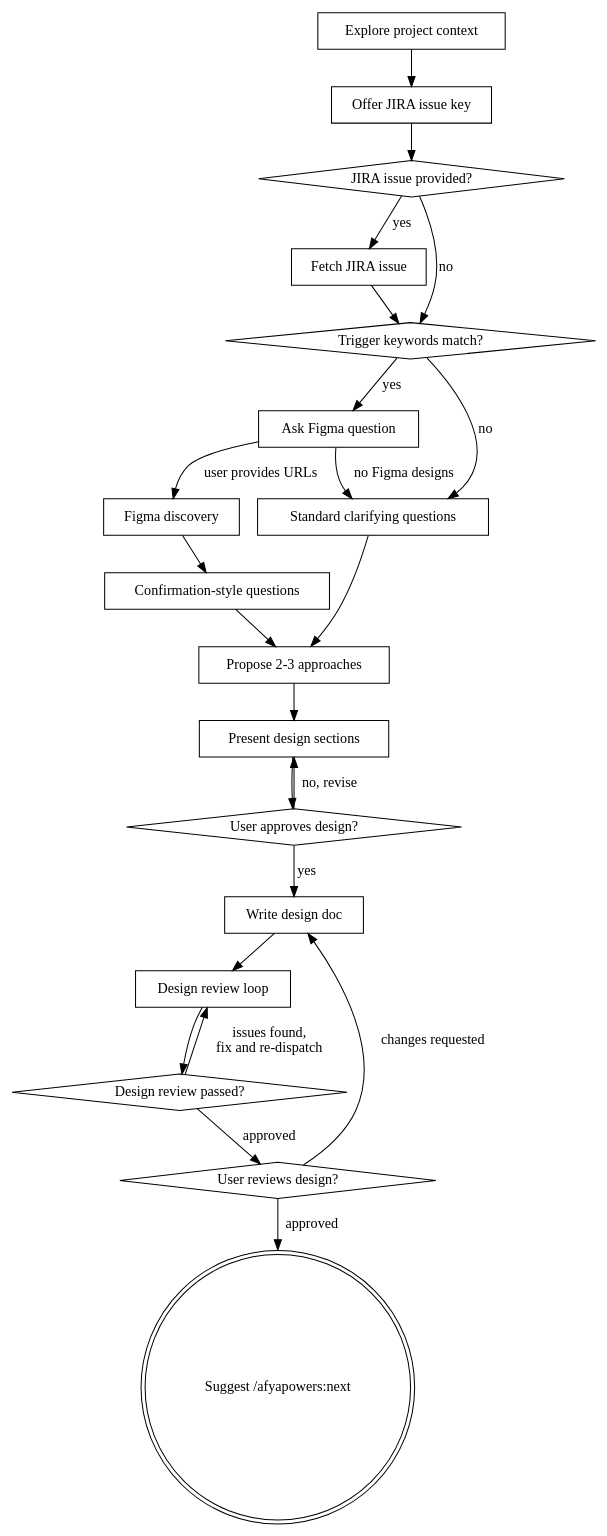
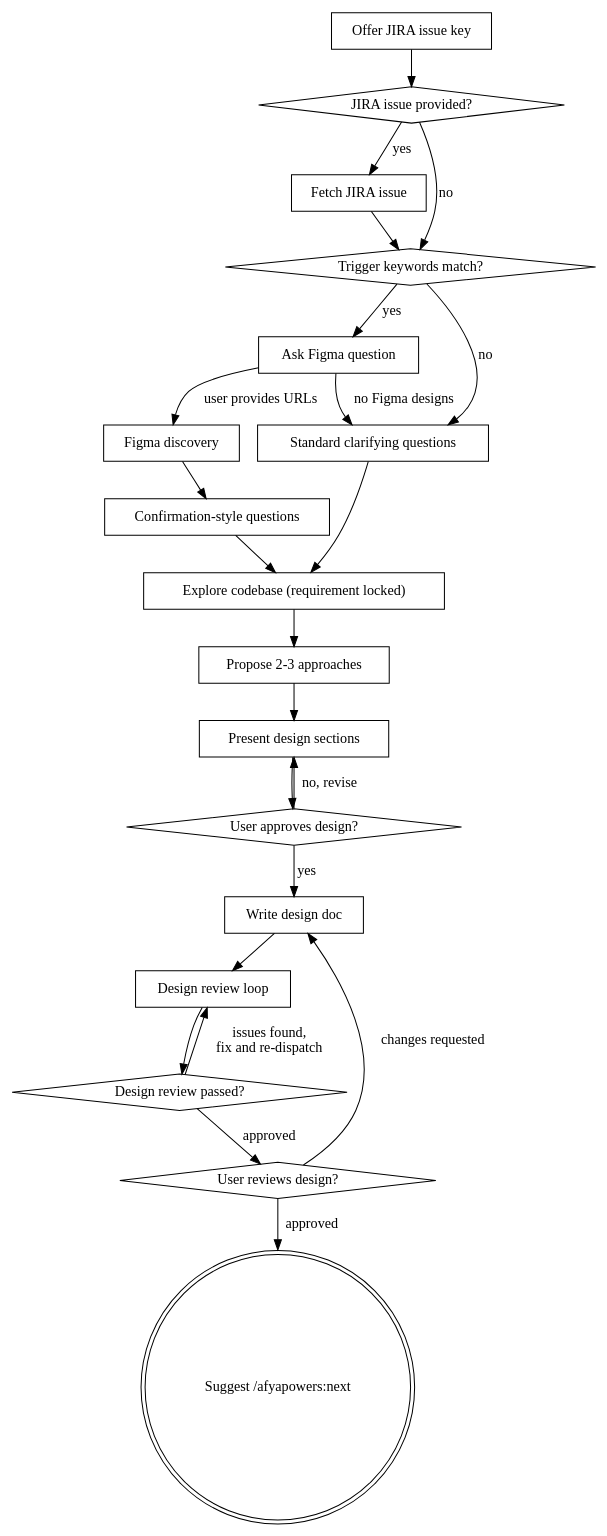
The diagram in dist/claude/skills/design/SKILL.md (iclinic/afyapowers), drawn with Graphviz before and after one commit. The commit also changed other lines of this file and 49 other files, not shown here.

````diff
--- a/dist/claude/skills/design/SKILL.md
+++ b/dist/claude/skills/design/SKILL.md
@@ -44,44 +48,44 @@
 ```dot
 digraph design {
-    "Explore project context" [shape=box];
     "Offer JIRA issue key" [shape=box];
     "JIRA issue provided?" [shape=diamond];
     "Fetch JIRA issue" [shape=box];
     "Trigger keywords match?" [shape=diamond];
     "Ask Figma question" [shape=box];
     "Figma discovery" [shape=box];
     "Confirmation-style questions" [shape=box];
     "Standard clarifying questions" [shape=box];
+    "Explore codebase (requirement locked)" [shape=box];
     "Propose 2-3 approaches" [shape=box];
     "Present design sections" [shape=box];
     "User approves design?" [shape=diamond];
     "Write design doc" [shape=box];
     "Design review loop" [shape=box];
     "Design review passed?" [shape=diamond];
     "User reviews design?" [shape=diamond];
     "Suggest /afyapowers:next" [shape=doublecircle];
 
-    "Explore project context" -> "Offer JIRA issue key";
     "Offer JIRA issue key" -> "JIRA issue provided?";
     "JIRA issue provided?" -> "Fetch JIRA issue" [label="yes"];
     "JIRA issue provided?" -> "Trigger keywords match?" [label="no"];
     "Fetch JIRA issue" -> "Trigger keywords match?";
     "Trigger keywords match?" -> "Ask Figma question" [label="yes"];
     "Trigger keywords match?" -> "Standard clarifying questions" [label="no"];
     "Ask Figma question" -> "Figma discovery" [label="user provides URLs"];
     "Ask Figma question" -> "Standard clarifying questions" [label="no Figma designs"];
     "Figma discovery" -> "Confirmation-style questions";
-    "Confirmation-style questions" -> "Propose 2-3 approaches";
-    "Standard clarifying questions" -> "Propose 2-3 approaches";
+    "Confirmation-style questions" -> "Explore codebase (requirement locked)";
+    "Standard clarifying questions" -> "Explore codebase (requirement locked)";
+    "Explore codebase (requirement locked)" -> "Propose 2-3 approaches";
     "Propose 2-3 approaches" -> "Present design sections";
     "Present design sections" -> "User approves design?";
     "User approves design?" -> "Present design sections" [label="no, revise"];
     "User approves design?" -> "Write design doc" [label="yes"];
     "Write design doc" -> "Design review loop";
     "Design review loop" -> "Design review passed?";
     "Design review passed?" -> "Design review loop" [label="issues found,\nfix and re-dispatch"];
     "Design review passed?" -> "User reviews design?" [label="approved"];
     "User reviews design?" -> "Write design doc" [label="changes requested"];
     "User reviews design?" -> "Suggest /afyapowers:next" [label="approved"];
 }
 ```
````
